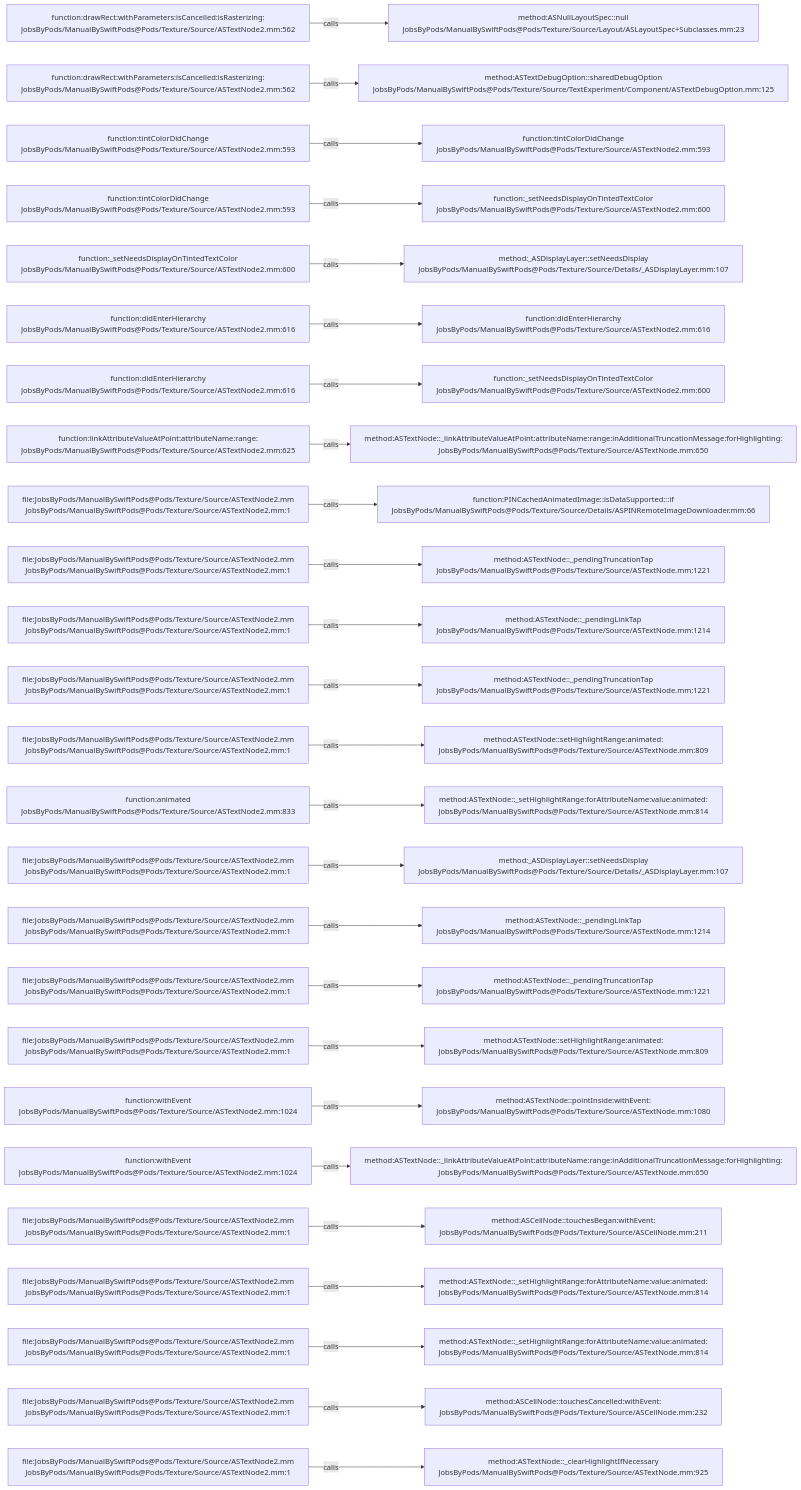
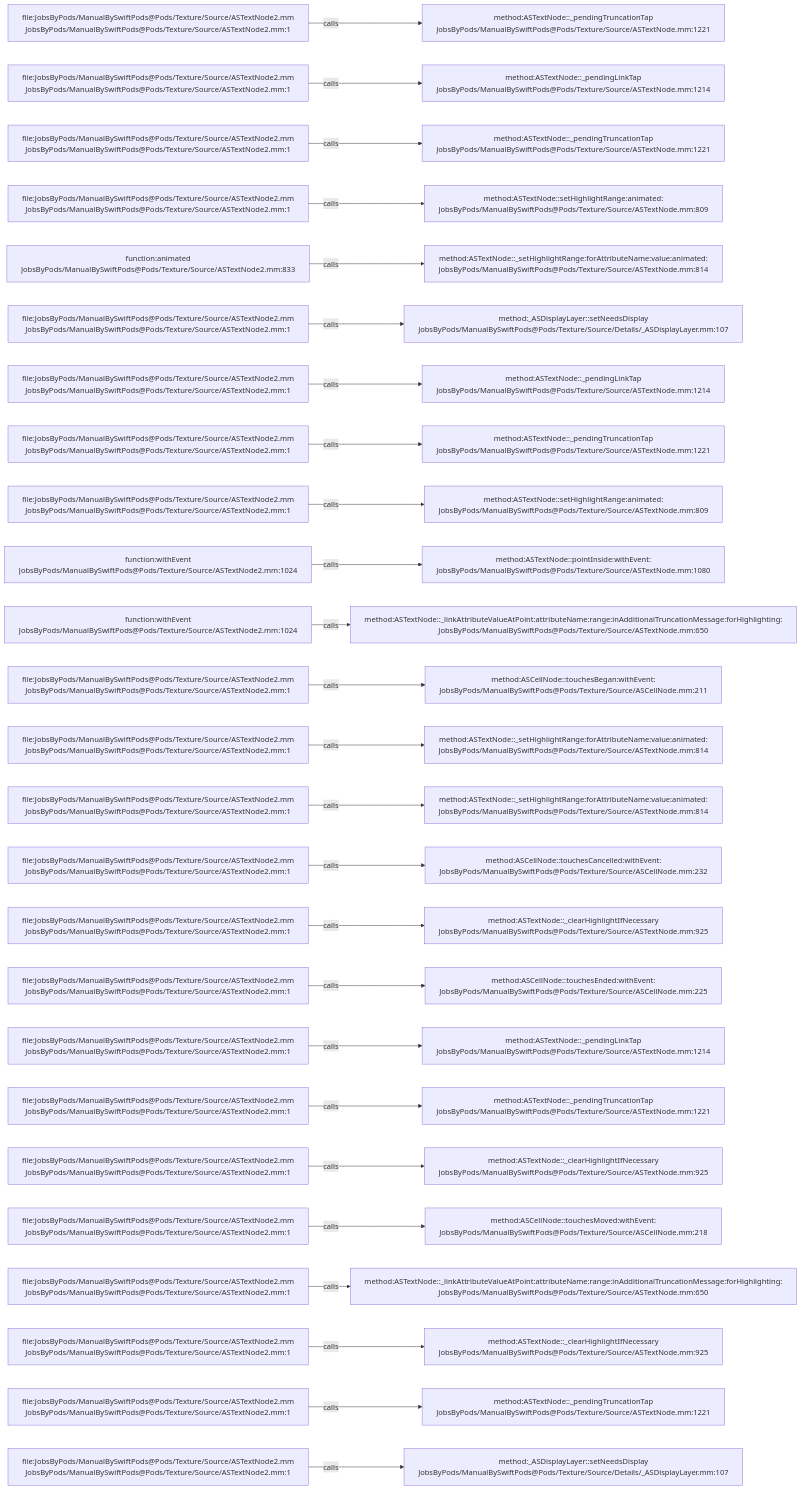
The diagram in .codegraph/codegraph.md/graphs/calls-072.md (JobsKits/JobsSwiftBaseConfigDemo), drawn with Mermaid before and after one commit. The commit also changed 707 other files, not shown here.

````diff
--- a/.codegraph/codegraph.md/graphs/calls-072.md
+++ b/.codegraph/codegraph.md/graphs/calls-072.md
@@ -13,78 +13,78 @@
 ```mermaid
 flowchart LR
-  S1["function:drawRect:withParameters:isCancelled:isRasterizing:<br/>JobsByPods/ManualBySwiftPods@Pods/Texture/Source/ASTextNode2.mm:562"]
-  T1["method:ASNullLayoutSpec::null<br/>JobsByPods/ManualBySwiftPods@Pods/Texture/Source/Layout/ASLayoutSpec+Subclasses.mm:23"]
+  S1["file:JobsByPods/ManualBySwiftPods@Pods/Texture/Source/ASTextNode2.mm<br/>JobsByPods/ManualBySwiftPods@Pods/Texture/Source/ASTextNode2.mm:1"]
+  T1["method:ASTextNode::_pendingTruncationTap<br/>JobsByPods/ManualBySwiftPods@Pods/Texture/Source/ASTextNode.mm:1221"]
   S1 -->|calls| T1
-  S2["function:drawRect:withParameters:isCancelled:isRasterizing:<br/>JobsByPods/ManualBySwiftPods@Pods/Texture/Source/ASTextNode2.mm:562"]
-  T2["method:ASTextDebugOption::sharedDebugOption<br/>JobsByPods/ManualBySwiftPods@Pods/Texture/Source/TextExperiment/Component/ASTextDebugOption.mm:125"]
+  S2["file:JobsByPods/ManualBySwiftPods@Pods/Texture/Source/ASTextNode2.mm<br/>JobsByPods/ManualBySwiftPods@Pods/Texture/Source/ASTextNode2.mm:1"]
+  T2["method:ASTextNode::_pendingLinkTap<br/>JobsByPods/ManualBySwiftPods@Pods/Texture/Source/ASTextNode.mm:1214"]
   S2 -->|calls| T2
-  S3["function:tintColorDidChange<br/>JobsByPods/ManualBySwiftPods@Pods/Texture/Source/ASTextNode2.mm:593"]
-  T3["function:tintColorDidChange<br/>JobsByPods/ManualBySwiftPods@Pods/Texture/Source/ASTextNode2.mm:593"]
+  S3["file:JobsByPods/ManualBySwiftPods@Pods/Texture/Source/ASTextNode2.mm<br/>JobsByPods/ManualBySwiftPods@Pods/Texture/Source/ASTextNode2.mm:1"]
+  T3["method:ASTextNode::_pendingTruncationTap<br/>JobsByPods/ManualBySwiftPods@Pods/Texture/Source/ASTextNode.mm:1221"]
   S3 -->|calls| T3
-  S4["function:tintColorDidChange<br/>JobsByPods/ManualBySwiftPods@Pods/Texture/Source/ASTextNode2.mm:593"]
-  T4["function:_setNeedsDisplayOnTintedTextColor<br/>JobsByPods/ManualBySwiftPods@Pods/Texture/Source/ASTextNode2.mm:600"]
+  S4["file:JobsByPods/ManualBySwiftPods@Pods/Texture/Source/ASTextNode2.mm<br/>JobsByPods/ManualBySwiftPods@Pods/Texture/Source/ASTextNode2.mm:1"]
+  T4["method:ASTextNode::setHighlightRange:animated:<br/>JobsByPods/ManualBySwiftPods@Pods/Texture/Source/ASTextNode.mm:809"]
   S4 -->|calls| T4
-  S5["function:_setNeedsDisplayOnTintedTextColor<br/>JobsByPods/ManualBySwiftPods@Pods/Texture/Source/ASTextNode2.mm:600"]
-  T5["method:_ASDisplayLayer::setNeedsDisplay<br/>JobsByPods/ManualBySwiftPods@Pods/Texture/Source/Details/_ASDisplayLayer.mm:107"]
+  S5["function:animated<br/>JobsByPods/ManualBySwiftPods@Pods/Texture/Source/ASTextNode2.mm:833"]
+  T5["method:ASTextNode::_setHighlightRange:forAttributeName:value:animated:<br/>JobsByPods/ManualBySwiftPods@Pods/Texture/Source/ASTextNode.mm:814"]
   S5 -->|calls| T5
-  S6["function:didEnterHierarchy<br/>JobsByPods/ManualBySwiftPods@Pods/Texture/Source/ASTextNode2.mm:616"]
-  T6["function:didEnterHierarchy<br/>JobsByPods/ManualBySwiftPods@Pods/Texture/Source/ASTextNode2.mm:616"]
+  S6["file:JobsByPods/ManualBySwiftPods@Pods/Texture/Source/ASTextNode2.mm<br/>JobsByPods/ManualBySwiftPods@Pods/Texture/Source/ASTextNode2.mm:1"]
+  T6["method:_ASDisplayLayer::setNeedsDisplay<br/>JobsByPods/ManualBySwiftPods@Pods/Texture/Source/Details/_ASDisplayLayer.mm:107"]
   S6 -->|calls| T6
-  S7["function:didEnterHierarchy<br/>JobsByPods/ManualBySwiftPods@Pods/Texture/Source/ASTextNode2.mm:616"]
-  T7["function:_setNeedsDisplayOnTintedTextColor<br/>JobsByPods/ManualBySwiftPods@Pods/Texture/Source/ASTextNode2.mm:600"]
+  S7["file:JobsByPods/ManualBySwiftPods@Pods/Texture/Source/ASTextNode2.mm<br/>JobsByPods/ManualBySwiftPods@Pods/Texture/Source/ASTextNode2.mm:1"]
+  T7["method:ASTextNode::_pendingLinkTap<br/>JobsByPods/ManualBySwiftPods@Pods/Texture/Source/ASTextNode.mm:1214"]
   S7 -->|calls| T7
-  S8["function:linkAttributeValueAtPoint:attributeName:range:<br/>JobsByPods/ManualBySwiftPods@Pods/Texture/Source/ASTextNode2.mm:625"]
-  T8["method:ASTextNode::_linkAttributeValueAtPoint:attributeName:range:inAdditionalTruncationMessage:forHighlighting:<br/>JobsByPods/ManualBySwiftPods@Pods/Texture/Source/ASTextNode.mm:650"]
+  S8["file:JobsByPods/ManualBySwiftPods@Pods/Texture/Source/ASTextNode2.mm<br/>JobsByPods/ManualBySwiftPods@Pods/Texture/Source/ASTextNode2.mm:1"]
+  T8["method:ASTextNode::_pendingTruncationTap<br/>JobsByPods/ManualBySwiftPods@Pods/Texture/Source/ASTextNode.mm:1221"]
   S8 -->|calls| T8
   S9["file:JobsByPods/ManualBySwiftPods@Pods/Texture/Source/ASTextNode2.mm<br/>JobsByPods/ManualBySwiftPods@Pods/Texture/Source/ASTextNode2.mm:1"]
-  T9["function:PINCachedAnimatedImage::isDataSupported:::if<br/>JobsByPods/ManualBySwiftPods@Pods/Texture/Source/Details/ASPINRemoteImageDownloader.mm:66"]
+  T9["method:ASTextNode::setHighlightRange:animated:<br/>JobsByPods/ManualBySwiftPods@Pods/Texture/Source/ASTextNode.mm:809"]
   S9 -->|calls| T9
-  S10["file:JobsByPods/ManualBySwiftPods@Pods/Texture/Source/ASTextNode2.mm<br/>JobsByPods/ManualBySwiftPods@Pods/Texture/Source/ASTextNode2.mm:1"]
-  T10["method:ASTextNode::_pendingTruncationTap<br/>JobsByPods/ManualBySwiftPods@Pods/Texture/Source/ASTextNode.mm:1221"]
+  S10["function:withEvent<br/>JobsByPods/ManualBySwiftPods@Pods/Texture/Source/ASTextNode2.mm:1024"]
+  T10["method:ASTextNode::pointInside:withEvent:<br/>JobsByPods/ManualBySwiftPods@Pods/Texture/Source/ASTextNode.mm:1080"]
   S10 -->|calls| T10
-  S11["file:JobsByPods/ManualBySwiftPods@Pods/Texture/Source/ASTextNode2.mm<br/>JobsByPods/ManualBySwiftPods@Pods/Texture/Source/ASTextNode2.mm:1"]
-  T11["method:ASTextNode::_pendingLinkTap<br/>JobsByPods/ManualBySwiftPods@Pods/Texture/Source/ASTextNode.mm:1214"]
+  S11["function:withEvent<br/>JobsByPods/ManualBySwiftPods@Pods/Texture/Source/ASTextNode2.mm:1024"]
+  T11["method:ASTextNode::_linkAttributeValueAtPoint:attributeName:range:inAdditionalTruncationMessage:forHighlighting:<br/>JobsByPods/ManualBySwiftPods@Pods/Texture/Source/ASTextNode.mm:650"]
   S11 -->|calls| T11
   S12["file:JobsByPods/ManualBySwiftPods@Pods/Texture/Source/ASTextNode2.mm<br/>JobsByPods/ManualBySwiftPods@Pods/Texture/Source/ASTextNode2.mm:1"]
-  T12["method:ASTextNode::_pendingTruncationTap<br/>JobsByPods/ManualBySwiftPods@Pods/Texture/Source/ASTextNode.mm:1221"]
+  T12["method:ASCellNode::touchesBegan:withEvent:<br/>JobsByPods/ManualBySwiftPods@Pods/Texture/Source/ASCellNode.mm:211"]
   S12 -->|calls| T12
   S13["file:JobsByPods/ManualBySwiftPods@Pods/Texture/Source/ASTextNode2.mm<br/>JobsByPods/ManualBySwiftPods@Pods/Texture/Source/ASTextNode2.mm:1"]
-  T13["method:ASTextNode::setHighlightRange:animated:<br/>JobsByPods/ManualBySwiftPods@Pods/Texture/Source/ASTextNode.mm:809"]
+  T13["method:ASTextNode::_setHighlightRange:forAttributeName:value:animated:<br/>JobsByPods/ManualBySwiftPods@Pods/Texture/Source/ASTextNode.mm:814"]
   S13 -->|calls| T13
-  S14["function:animated<br/>JobsByPods/ManualBySwiftPods@Pods/Texture/Source/ASTextNode2.mm:833"]
+  S14["file:JobsByPods/ManualBySwiftPods@Pods/Texture/Source/ASTextNode2.mm<br/>JobsByPods/ManualBySwiftPods@Pods/Texture/Source/ASTextNode2.mm:1"]
   T14["method:ASTextNode::_setHighlightRange:forAttributeName:value:animated:<br/>JobsByPods/ManualBySwiftPods@Pods/Texture/Source/ASTextNode.mm:814"]
   S14 -->|calls| T14
   S15["file:JobsByPods/ManualBySwiftPods@Pods/Texture/Source/ASTextNode2.mm<br/>JobsByPods/ManualBySwiftPods@Pods/Texture/Source/ASTextNode2.mm:1"]
-  T15["method:_ASDisplayLayer::setNeedsDisplay<br/>JobsByPods/ManualBySwiftPods@Pods/Texture/Source/Details/_ASDisplayLayer.mm:107"]
+  T15["method:ASCellNode::touchesCancelled:withEvent:<br/>JobsByPods/ManualBySwiftPods@Pods/Texture/Source/ASCellNode.mm:232"]
   S15 -->|calls| T15
   S16["file:JobsByPods/ManualBySwiftPods@Pods/Texture/Source/ASTextNode2.mm<br/>JobsByPods/ManualBySwiftPods@Pods/Texture/Source/ASTextNode2.mm:1"]
-  T16["method:ASTextNode::_pendingLinkTap<br/>JobsByPods/ManualBySwiftPods@Pods/Texture/Source/ASTextNode.mm:1214"]
+  T16["method:ASTextNode::_clearHighlightIfNecessary<br/>JobsByPods/ManualBySwiftPods@Pods/Texture/Source/ASTextNode.mm:925"]
   S16 -->|calls| T16
   S17["file:JobsByPods/ManualBySwiftPods@Pods/Texture/Source/ASTextNode2.mm<br/>JobsByPods/ManualBySwiftPods@Pods/Texture/Source/ASTextNode2.mm:1"]
-  T17["method:ASTextNode::_pendingTruncationTap<br/>JobsByPods/ManualBySwiftPods@Pods/Texture/Source/ASTextNode.mm:1221"]
+  T17["method:ASCellNode::touchesEnded:withEvent:<br/>JobsByPods/ManualBySwiftPods@Pods/Texture/Source/ASCellNode.mm:225"]
   S17 -->|calls| T17
   S18["file:JobsByPods/ManualBySwiftPods@Pods/Texture/Source/ASTextNode2.mm<br/>JobsByPods/ManualBySwiftPods@Pods/Texture/Source/ASTextNode2.mm:1"]
-  T18["method:ASTextNode::setHighlightRange:animated:<br/>JobsByPods/ManualBySwiftPods@Pods/Texture/Source/ASTextNode.mm:809"]
+  T18["method:ASTextNode::_pendingLinkTap<br/>JobsByPods/ManualBySwiftPods@Pods/Texture/Source/ASTextNode.mm:1214"]
   S18 -->|calls| T18
-  S19["function:withEvent<br/>JobsByPods/ManualBySwiftPods@Pods/Texture/Source/ASTextNode2.mm:1024"]
-  T19["method:ASTextNode::pointInside:withEvent:<br/>JobsByPods/ManualBySwiftPods@Pods/Texture/Source/ASTextNode.mm:1080"]
+  S19["file:JobsByPods/ManualBySwiftPods@Pods/Texture/Source/ASTextNode2.mm<br/>JobsByPods/ManualBySwiftPods@Pods/Texture/Source/ASTextNode2.mm:1"]
+  T19["method:ASTextNode::_pendingTruncationTap<br/>JobsByPods/ManualBySwiftPods@Pods/Texture/Source/ASTextNode.mm:1221"]
   S19 -->|calls| T19
-  S20["function:withEvent<br/>JobsByPods/ManualBySwiftPods@Pods/Texture/Source/ASTextNode2.mm:1024"]
-  T20["method:ASTextNode::_linkAttributeValueAtPoint:attributeName:range:inAdditionalTruncationMessage:forHighlighting:<br/>JobsByPods/ManualBySwiftPods@Pods/Texture/Source/ASTextNode.mm:650"]
+  S20["file:JobsByPods/ManualBySwiftPods@Pods/Texture/Source/ASTextNode2.mm<br/>JobsByPods/ManualBySwiftPods@Pods/Texture/Source/ASTextNode2.mm:1"]
+  T20["method:ASTextNode::_clearHighlightIfNecessary<br/>JobsByPods/ManualBySwiftPods@Pods/Texture/Source/ASTextNode.mm:925"]
   S20 -->|calls| T20
   S21["file:JobsByPods/ManualBySwiftPods@Pods/Texture/Source/ASTextNode2.mm<br/>JobsByPods/ManualBySwiftPods@Pods/Texture/Source/ASTextNode2.mm:1"]
-  T21["method:ASCellNode::touchesBegan:withEvent:<br/>JobsByPods/ManualBySwiftPods@Pods/Texture/Source/ASCellNode.mm:211"]
+  T21["method:ASCellNode::touchesMoved:withEvent:<br/>JobsByPods/ManualBySwiftPods@Pods/Texture/Source/ASCellNode.mm:218"]
   S21 -->|calls| T21
   S22["file:JobsByPods/ManualBySwiftPods@Pods/Texture/Source/ASTextNode2.mm<br/>JobsByPods/ManualBySwiftPods@Pods/Texture/Source/ASTextNode2.mm:1"]
-  T22["method:ASTextNode::_setHighlightRange:forAttributeName:value:animated:<br/>JobsByPods/ManualBySwiftPods@Pods/Texture/Source/ASTextNode.mm:814"]
+  T22["method:ASTextNode::_linkAttributeValueAtPoint:attributeName:range:inAdditionalTruncationMessage:forHighlighting:<br/>JobsByPods/ManualBySwiftPods@Pods/Texture/Source/ASTextNode.mm:650"]
   S22 -->|calls| T22
   S23["file:JobsByPods/ManualBySwiftPods@Pods/Texture/Source/ASTextNode2.mm<br/>JobsByPods/ManualBySwiftPods@Pods/Texture/Source/ASTextNode2.mm:1"]
-  T23["method:ASTextNode::_setHighlightRange:forAttributeName:value:animated:<br/>JobsByPods/ManualBySwiftPods@Pods/Texture/Source/ASTextNode.mm:814"]
+  T23["method:ASTextNode::_clearHighlightIfNecessary<br/>JobsByPods/ManualBySwiftPods@Pods/Texture/Source/ASTextNode.mm:925"]
   S23 -->|calls| T23
   S24["file:JobsByPods/ManualBySwiftPods@Pods/Texture/Source/ASTextNode2.mm<br/>JobsByPods/ManualBySwiftPods@Pods/Texture/Source/ASTextNode2.mm:1"]
-  T24["method:ASCellNode::touchesCancelled:withEvent:<br/>JobsByPods/ManualBySwiftPods@Pods/Texture/Source/ASCellNode.mm:232"]
+  T24["method:ASTextNode::_pendingTruncationTap<br/>JobsByPods/ManualBySwiftPods@Pods/Texture/Source/ASTextNode.mm:1221"]
   S24 -->|calls| T24
   S25["file:JobsByPods/ManualBySwiftPods@Pods/Texture/Source/ASTextNode2.mm<br/>JobsByPods/ManualBySwiftPods@Pods/Texture/Source/ASTextNode2.mm:1"]
-  T25["method:ASTextNode::_clearHighlightIfNecessary<br/>JobsByPods/ManualBySwiftPods@Pods/Texture/Source/ASTextNode.mm:925"]
+  T25["method:_ASDisplayLayer::setNeedsDisplay<br/>JobsByPods/ManualBySwiftPods@Pods/Texture/Source/Details/_ASDisplayLayer.mm:107"]
   S25 -->|calls| T25
 ```
````
